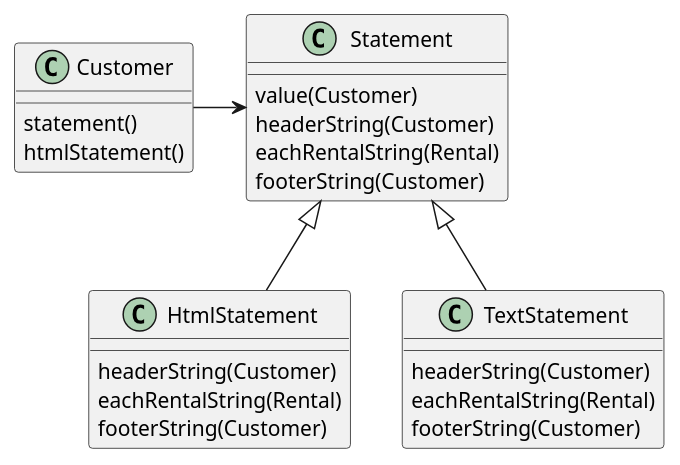
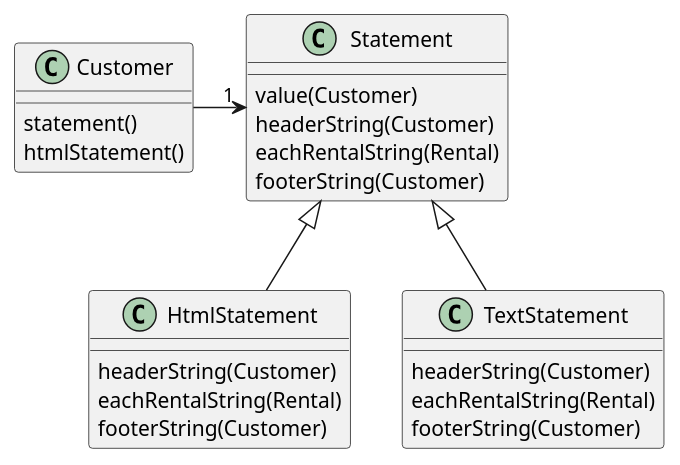
Before and after one commit to wuxiongbo/design_patterns: the fourth of 4 diagrams in src/main/java/refactoring/chapter11/section10/Form TemPlate Method.md, drawn with PlantUML. The commit also changed other lines of this file and 2 other files, not shown here.

Commit message:
格式调整

````diff
--- a/src/main/java/refactoring/chapter11/section10/Form TemPlate Method.md
+++ b/src/main/java/refactoring/chapter11/section10/Form TemPlate Method.md
@@ -364,29 +364,29 @@
 ```plantuml
 class Customer{
 statement()
 htmlStatement()
 }
 
 class Statement{
 value(Customer)
 headerString(Customer)
 eachRentalString(Rental)
 footerString(Customer)
 }
 
 class HtmlStatement{
 headerString(Customer)
 eachRentalString(Rental)
 footerString(Customer)
 }
 
 class TextStatement{
 headerString(Customer)
 eachRentalString(Rental)
 footerString(Customer)
 }
 
-Customer -right-> Statement
+Customer -right->"1" Statement
 Statement <|-- HtmlStatement
 Statement <|-- TextStatement
 ```
````
